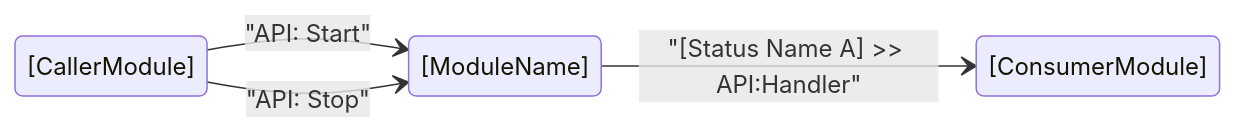
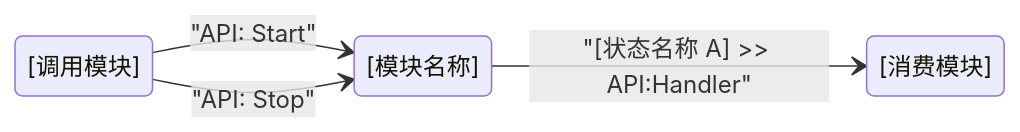
One commit to NEVSTOP-LAB/CSM-Module-Repo-Template changed the diagram in module-template.md. Above: the diagram before and after it, drawn with Mermaid. The commit also changed other lines of this file and 2 other files, not shown here.

````diff
--- a/module-template.md
+++ b/module-template.md
@@ -141,7 +139,7 @@
 ```mermaid
 stateDiagram-v2
 direction LR
-[ModuleName] --> [ConsumerModule] : "[Status Name A] >> API:Handler"
-[CallerModule] --> [ModuleName]   : "API: Start"
-[CallerModule] --> [ModuleName]   : "API: Stop"
+[模块名称] --> [消费模块] : "[状态名称 A] >> API:Handler"
+[调用模块] --> [模块名称] : "API: Start"
+[调用模块] --> [模块名称] : "API: Stop"
 ```
````
